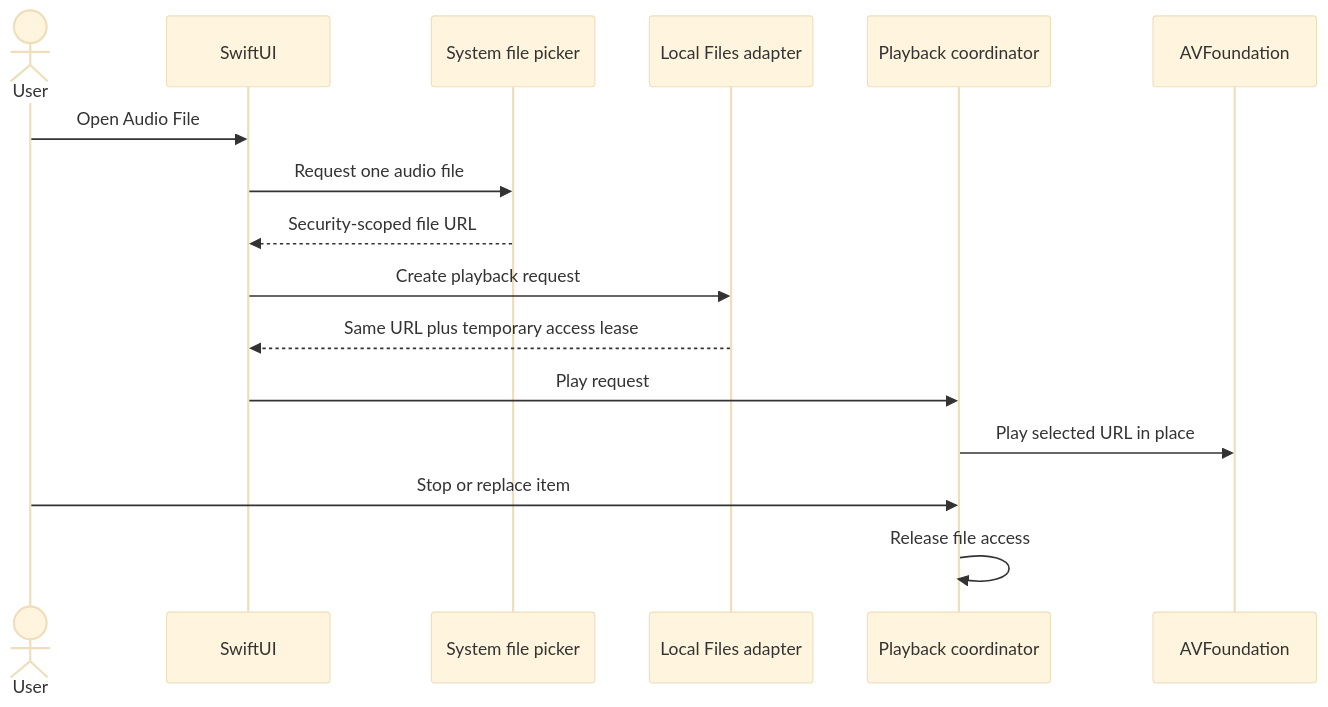
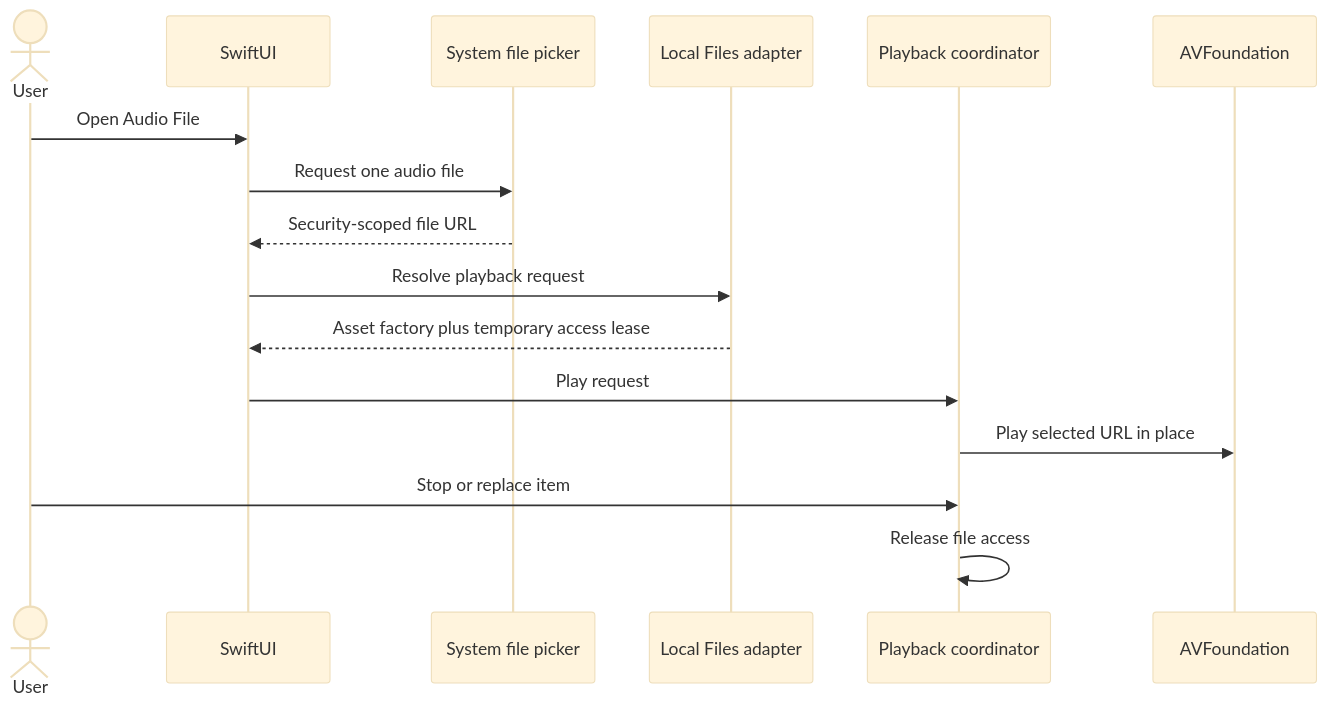
Before and after one commit to schillt/velacanto: the second of 4 diagrams in docs/architecture.md, drawn with Mermaid (base theme). The commit also changed other lines of this file and 15 other files, not shown here.

````diff
--- a/docs/architecture.md
+++ b/docs/architecture.md
@@ -88,19 +95,19 @@
 ```mermaid
 sequenceDiagram
     actor User
     participant UI as SwiftUI
     participant Files as System file picker
     participant Adapter as Local Files adapter
     participant Player as Playback coordinator
     participant AV as AVFoundation
 
     User->>UI: Open Audio File
     UI->>Files: Request one audio file
     Files-->>UI: Security-scoped file URL
-    UI->>Adapter: Create playback request
-    Adapter-->>UI: Same URL plus temporary access lease
+    UI->>Adapter: Resolve playback request
+    Adapter-->>UI: Asset factory plus temporary access lease
     UI->>Player: Play request
     Player->>AV: Play selected URL in place
     User->>Player: Stop or replace item
     Player->>Player: Release file access
 ```
````
